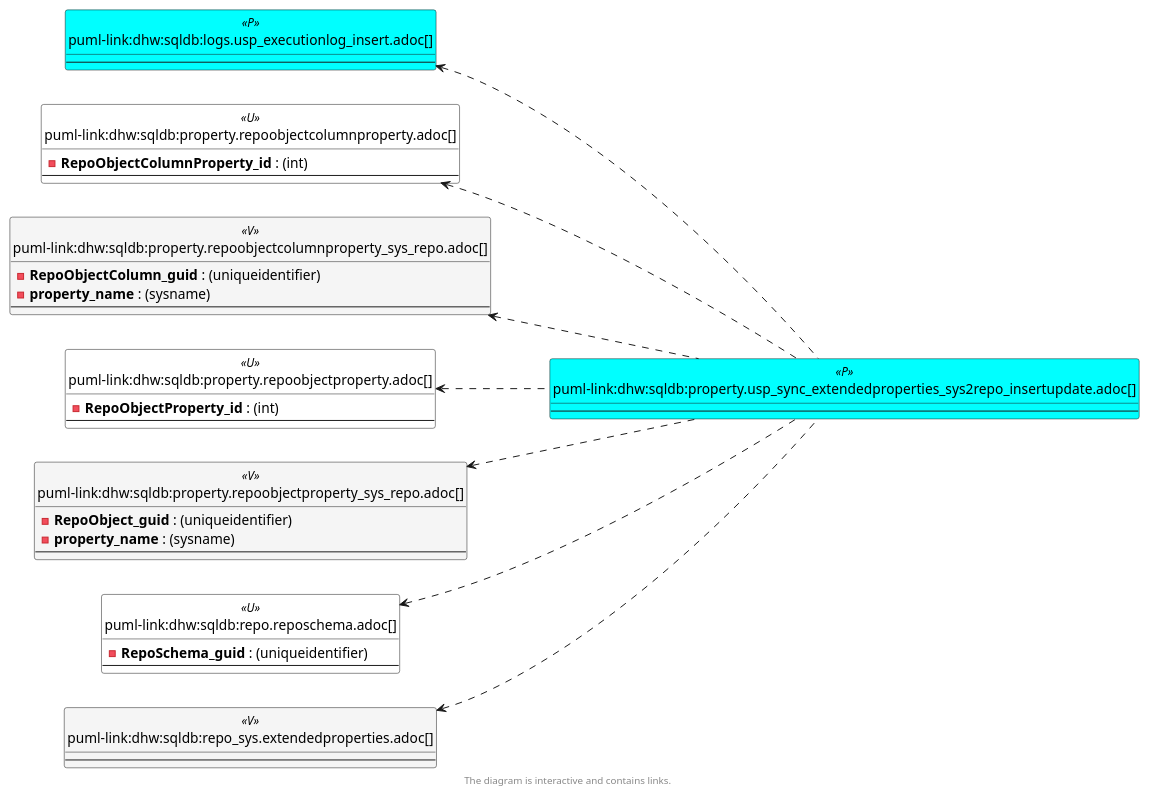
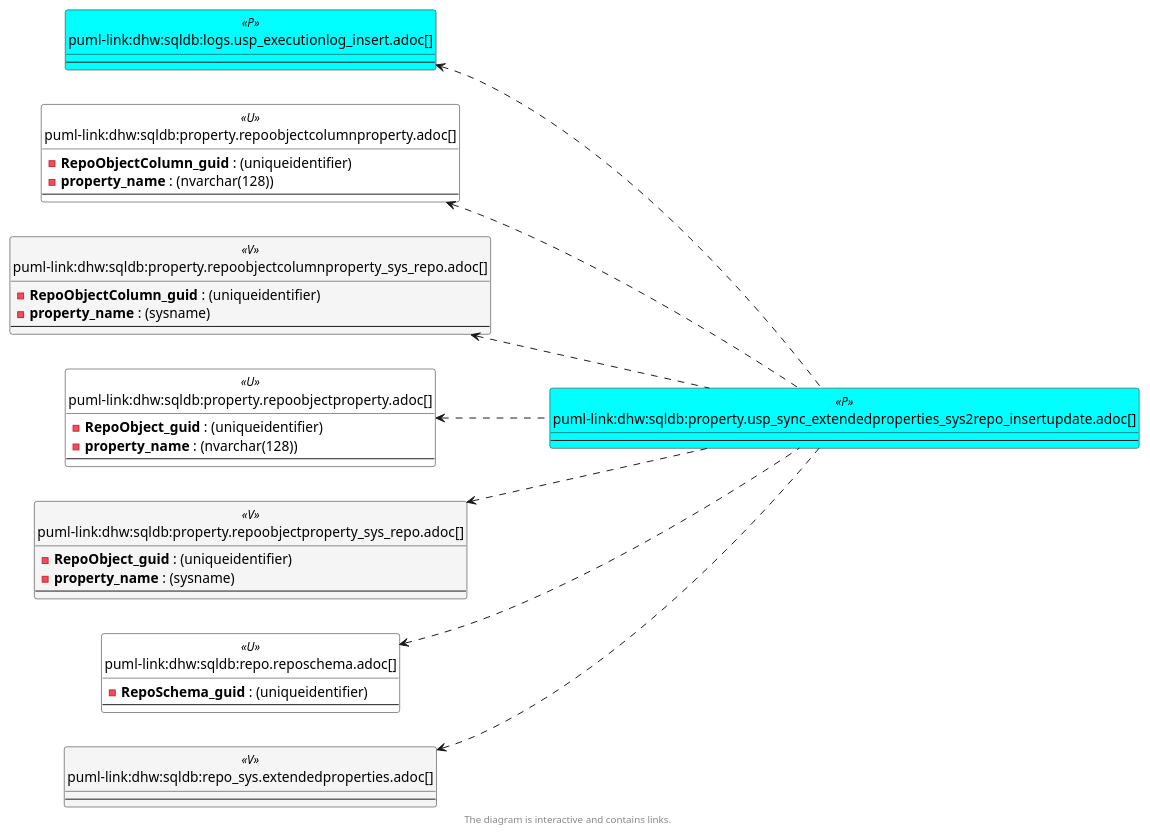
The third of 6 diagrams in docs/modules/sqldb/partials/content/property.usp_sync_extendedproperties_sys2repo_insertupdate.adoc (DataHandwerk/dhw-antora-sqldb), drawn with PlantUML before and after one commit. The commit also changed other lines of this file and 751 other files, not shown here.

```diff
--- a/docs/modules/sqldb/partials/content/property.usp_sync_extendedproperties_sys2repo_insertupdate.adoc
+++ b/docs/modules/sqldb/partials/content/property.usp_sync_extendedproperties_sys2repo_insertupdate.adoc
@@ -709,81 +709,83 @@
 [plantuml, entity_1_1_objectref-{docname}, svg, subs=macros]
 ....
 @startuml
 left to right direction
 'top to bottom direction
 hide circle
 'avoide "." issues:
 set namespaceSeparator none
 
 
 skinparam class {
   BackgroundColor White
   BackgroundColor<<FN>> Yellow
   BackgroundColor<<FS>> Yellow
   BackgroundColor<<FT>> LightGray
   BackgroundColor<<IF>> Yellow
   BackgroundColor<<IS>> Yellow
   BackgroundColor<<P>>  Aqua
   BackgroundColor<<PC>> Aqua
   BackgroundColor<<SN>> Yellow
   BackgroundColor<<SO>> SlateBlue
   BackgroundColor<<TF>> LightGray
   BackgroundColor<<TR>> Tomato
   BackgroundColor<<U>>  White
   BackgroundColor<<V>>  WhiteSmoke
   BackgroundColor<<X>>  Aqua
   BackgroundColor<<external>> AliceBlue
 }
 
 
 entity "puml-link:dhw:sqldb:logs.usp_executionlog_insert.adoc[]" as logs.usp_ExecutionLog_insert << P >> {
   --
 }
 
 entity "puml-link:dhw:sqldb:property.repoobjectcolumnproperty.adoc[]" as property.RepoObjectColumnProperty << U >> {
-  - **RepoObjectColumnProperty_id** : (int)
+  - **RepoObjectColumn_guid** : (uniqueidentifier)
+  - **property_name** : (nvarchar(128))
   --
 }
 
 entity "puml-link:dhw:sqldb:property.repoobjectcolumnproperty_sys_repo.adoc[]" as property.RepoObjectColumnProperty_sys_repo << V >> {
   - **RepoObjectColumn_guid** : (uniqueidentifier)
   - **property_name** : (sysname)
   --
 }
 
 entity "puml-link:dhw:sqldb:property.repoobjectproperty.adoc[]" as property.RepoObjectProperty << U >> {
-  - **RepoObjectProperty_id** : (int)
+  - **RepoObject_guid** : (uniqueidentifier)
+  - **property_name** : (nvarchar(128))
   --
 }
 
 entity "puml-link:dhw:sqldb:property.repoobjectproperty_sys_repo.adoc[]" as property.RepoObjectProperty_sys_repo << V >> {
   - **RepoObject_guid** : (uniqueidentifier)
   - **property_name** : (sysname)
   --
 }
 
 entity "puml-link:dhw:sqldb:property.usp_sync_extendedproperties_sys2repo_insertupdate.adoc[]" as property.usp_sync_ExtendedProperties_Sys2Repo_InsertUpdate << P >> {
   --
 }
 
 entity "puml-link:dhw:sqldb:repo.reposchema.adoc[]" as repo.RepoSchema << U >> {
   - **RepoSchema_guid** : (uniqueidentifier)
   --
 }
 
 entity "puml-link:dhw:sqldb:repo_sys.extendedproperties.adoc[]" as repo_sys.ExtendedProperties << V >> {
   --
 }
 
 logs.usp_ExecutionLog_insert <.. property.usp_sync_ExtendedProperties_Sys2Repo_InsertUpdate
 property.RepoObjectColumnProperty <.. property.usp_sync_ExtendedProperties_Sys2Repo_InsertUpdate
 property.RepoObjectColumnProperty_sys_repo <.. property.usp_sync_ExtendedProperties_Sys2Repo_InsertUpdate
 property.RepoObjectProperty <.. property.usp_sync_ExtendedProperties_Sys2Repo_InsertUpdate
 property.RepoObjectProperty_sys_repo <.. property.usp_sync_ExtendedProperties_Sys2Repo_InsertUpdate
 repo.RepoSchema <.. property.usp_sync_ExtendedProperties_Sys2Repo_InsertUpdate
 repo_sys.ExtendedProperties <.. property.usp_sync_ExtendedProperties_Sys2Repo_InsertUpdate
 
 footer The diagram is interactive and contains links.
 
 @enduml
 ....
```
